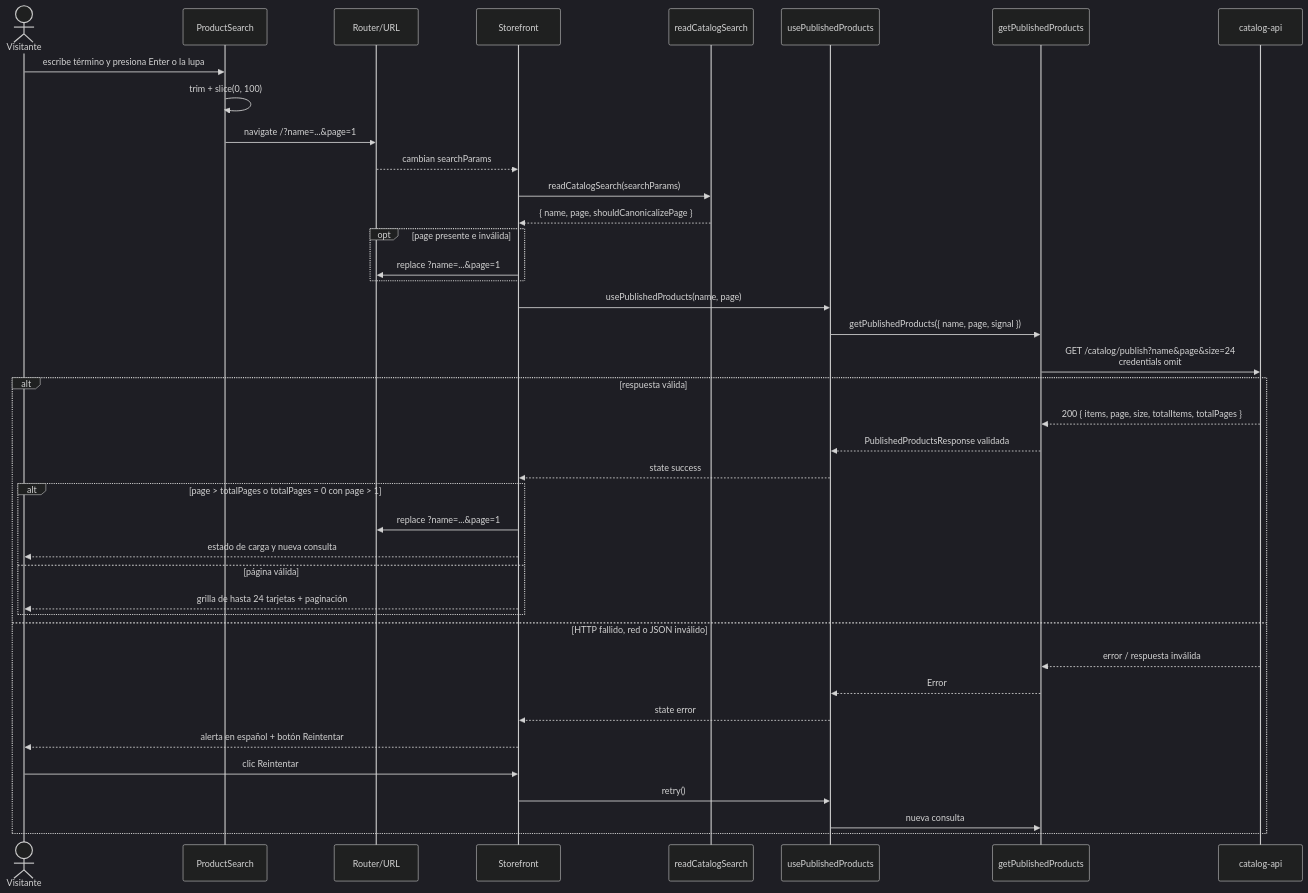
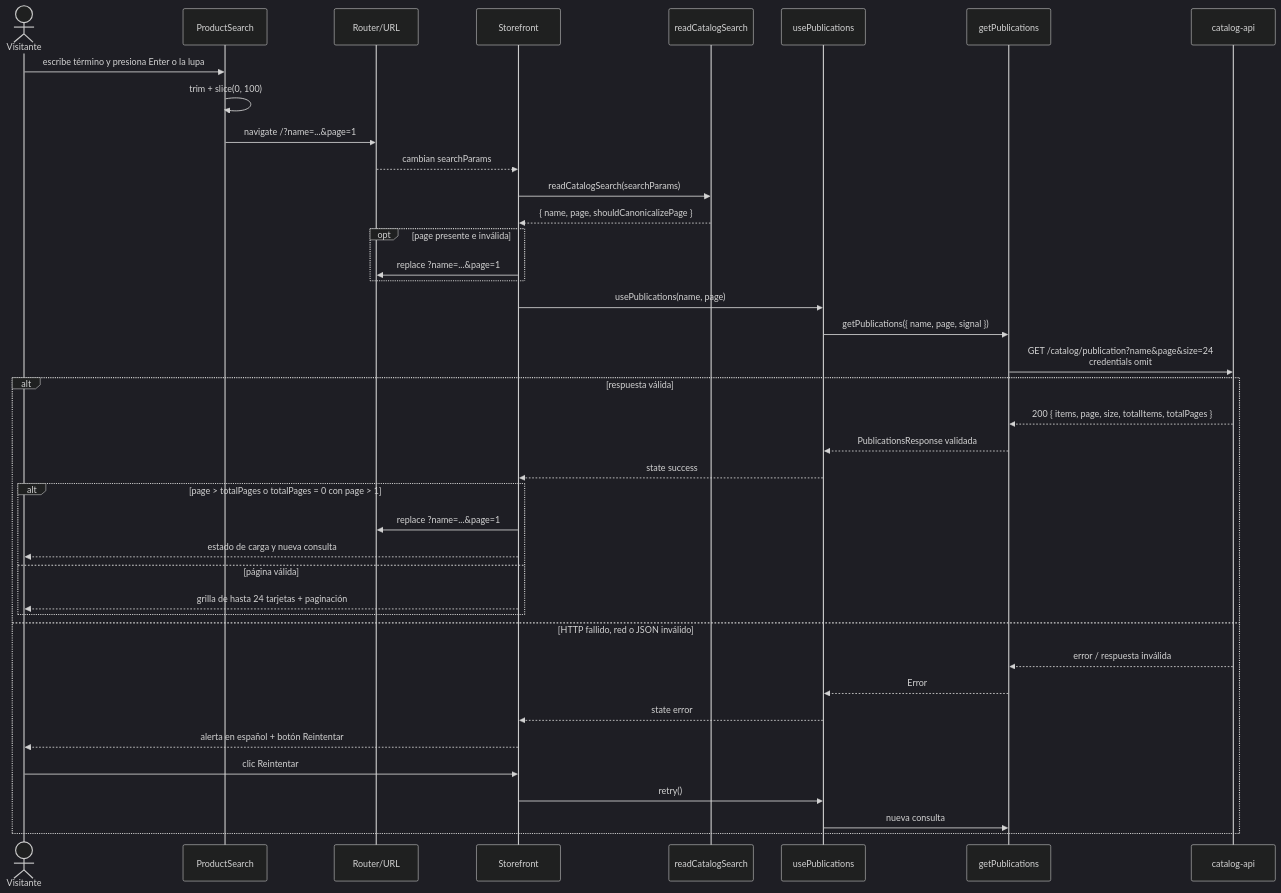
The third of 5 diagrams in specs/002-storefront-product-grid/uml.md (Dariosoft/fes-client-web), drawn with Mermaid (dark theme) before and after one commit. The commit also changed other lines of this file and 14 other files, not shown here.

````diff
--- a/specs/002-storefront-product-grid/uml.md
+++ b/specs/002-storefront-product-grid/uml.md
@@ -147,43 +147,43 @@
 ```mermaid
 sequenceDiagram
   actor V as Visitante
   participant PS as ProductSearch
   participant R as Router/URL
   participant S as Storefront
   participant RS as readCatalogSearch
-  participant H as usePublishedProducts
-  participant C as getPublishedProducts
+  participant H as usePublications
+  participant C as getPublications
   participant A as catalog-api
 
   V->>PS: escribe término y presiona Enter o la lupa
   PS->>PS: trim + slice(0, 100)
   PS->>R: navigate /?name=...&page=1
   R-->>S: cambian searchParams
   S->>RS: readCatalogSearch(searchParams)
   RS-->>S: { name, page, shouldCanonicalizePage }
   opt page presente e inválida
     S->>R: replace ?name=...&page=1
   end
-  S->>H: usePublishedProducts(name, page)
-  H->>C: getPublishedProducts({ name, page, signal })
-  C->>A: GET /catalog/publish?name&page&size=24<br/>credentials omit
+  S->>H: usePublications(name, page)
+  H->>C: getPublications({ name, page, signal })
+  C->>A: GET /catalog/publication?name&page&size=24<br/>credentials omit
   alt respuesta válida
     A-->>C: 200 { items, page, size, totalItems, totalPages }
-    C-->>H: PublishedProductsResponse validada
+    C-->>H: PublicationsResponse validada
     H-->>S: state success
     alt page > totalPages o totalPages = 0 con page > 1
       S->>R: replace ?name=...&page=1
       S-->>V: estado de carga y nueva consulta
     else página válida
       S-->>V: grilla de hasta 24 tarjetas + paginación
     end
   else HTTP fallido, red o JSON inválido
     A-->>C: error / respuesta inválida
     C-->>H: Error
     H-->>S: state error
     S-->>V: alerta en español + botón Reintentar
     V->>S: clic Reintentar
     S->>H: retry()
     H->>C: nueva consulta
   end
 ```
````
